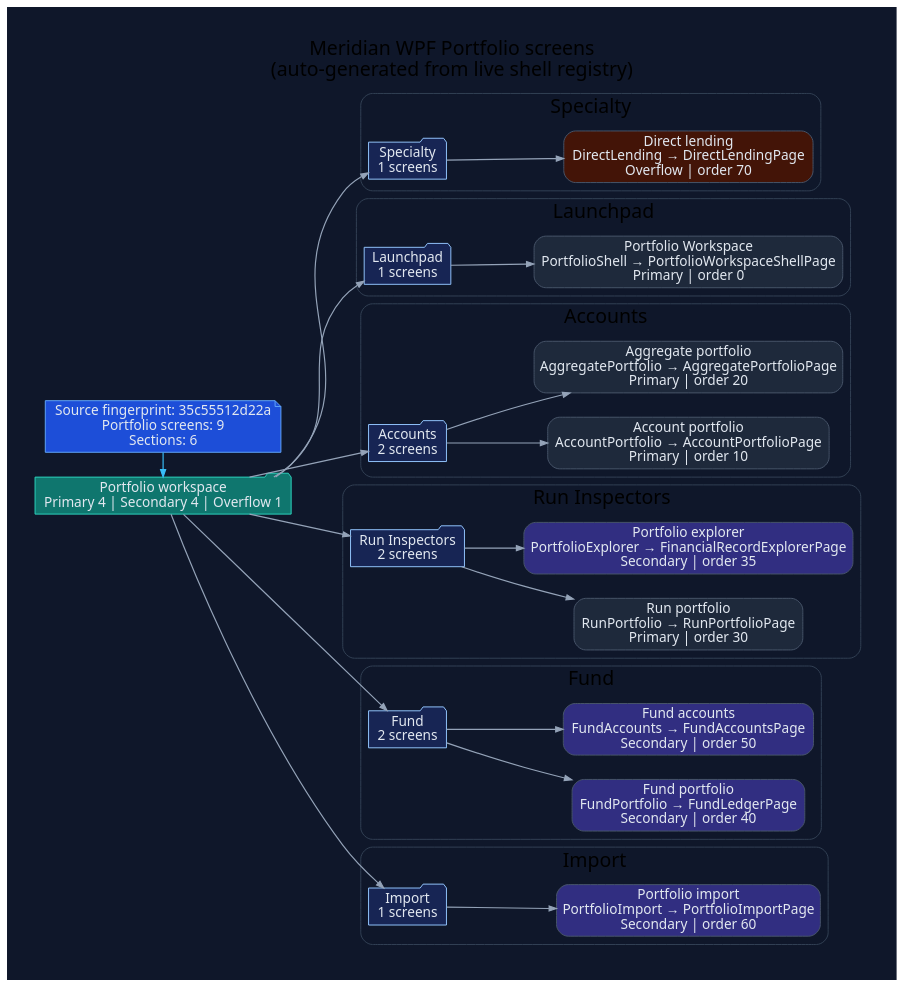
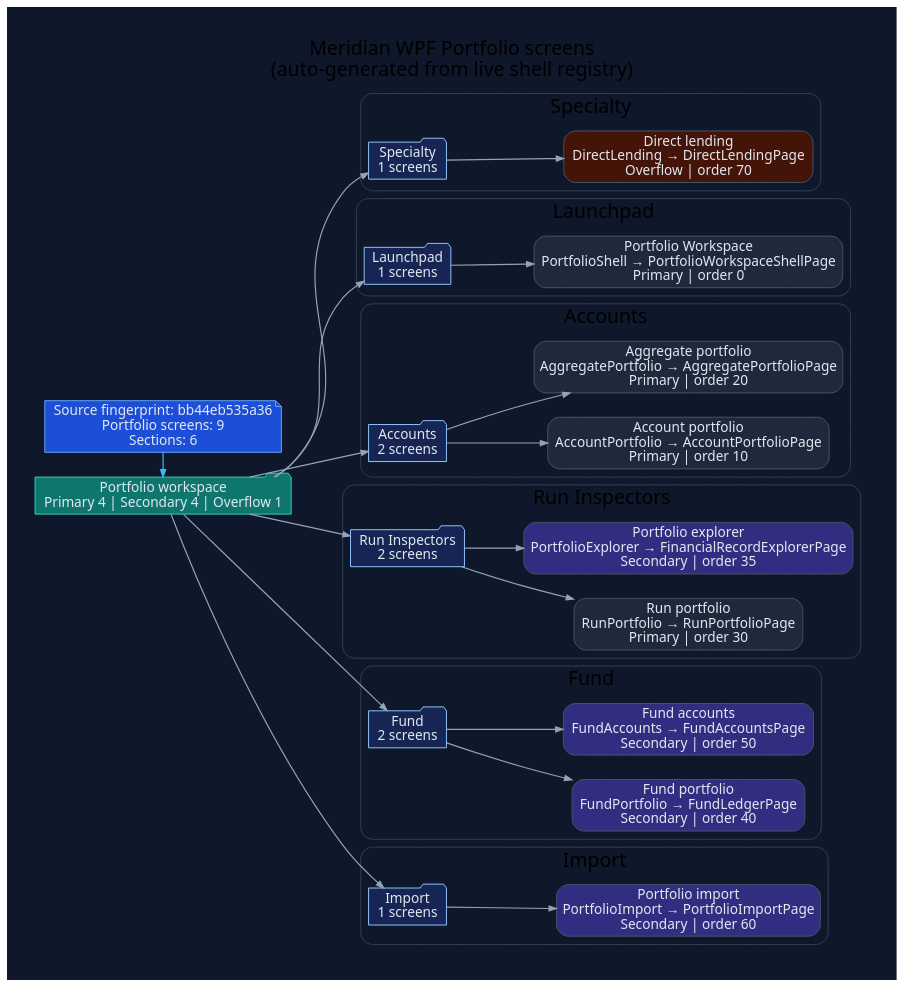
One commit to rodoHasArrived/Meridian-main changed the diagram in docs/diagrams/ui/ui-wpf-screens-portfolio.dot. Above: the diagram before and after it, drawn with Graphviz. The commit also changed 45 other files, not shown here.

Commit message:
Refresh generated WPF source fingerprints from hosted regeneration

```diff
--- a/docs/diagrams/ui/ui-wpf-screens-portfolio.dot
+++ b/docs/diagrams/ui/ui-wpf-screens-portfolio.dot
@@ -1,92 +1,92 @@
 // -----------------------------------------------------------------------------
 // <auto-generated>
 // Generated by scripts/generate-diagrams.mjs.
 // Do not edit this file directly; update the WPF source files instead.
 // -----------------------------------------------------------------------------
 digraph WpfPortfolioScreens {
   graph [
     rankdir=LR,
     labelloc=t,
     label="Meridian WPF Portfolio screens\n(auto-generated from live shell registry)",
     fontname="Segoe UI",
     fontsize=20,
     pad=0.4,
     nodesep=0.35,
     ranksep=0.85,
     bgcolor="#0f172a"
   ];
   node [fontname="Segoe UI", shape=box, style="rounded,filled", color="#475569", fontcolor="#e2e8f0", fillcolor="#1e293b"];
   edge [fontname="Segoe UI", color="#94a3b8", penwidth=1.2, arrowsize=0.75];
 
-  generated [shape=note, fillcolor="#1d4ed8", color="#60a5fa", label="Source fingerprint: 35c55512d22a\nPortfolio screens: 9\nSections: 6"];
+  generated [shape=note, fillcolor="#1d4ed8", color="#60a5fa", label="Source fingerprint: bb44eb535a36\nPortfolio screens: 9\nSections: 6"];
   workspace [shape=folder, fillcolor="#0f766e", color="#2dd4bf", label="Portfolio workspace\nPrimary 4 | Secondary 4 | Overflow 1"];
   generated -> workspace [color="#38bdf8"];
 
   subgraph cluster_section_1 {
     label="Specialty";
     color="#334155";
     style="rounded";
     section_1 [shape=folder, fillcolor="#172554", color="#93c5fd", label="Specialty\n1 screens"];
     workspace -> section_1;
     screen_DirectLending [fillcolor="#431407", label="Direct lending\nDirectLending → DirectLendingPage\nOverflow | order 70"];
     section_1 -> screen_DirectLending;
   }
 
   subgraph cluster_section_2 {
     label="Launchpad";
     color="#334155";
     style="rounded";
     section_2 [shape=folder, fillcolor="#172554", color="#93c5fd", label="Launchpad\n1 screens"];
     workspace -> section_2;
     screen_PortfolioShell [fillcolor="#1e293b", label="Portfolio Workspace\nPortfolioShell → PortfolioWorkspaceShellPage\nPrimary | order 0"];
     section_2 -> screen_PortfolioShell;
   }
 
   subgraph cluster_section_3 {
     label="Accounts";
     color="#334155";
     style="rounded";
     section_3 [shape=folder, fillcolor="#172554", color="#93c5fd", label="Accounts\n2 screens"];
     workspace -> section_3;
     screen_AccountPortfolio [fillcolor="#1e293b", label="Account portfolio\nAccountPortfolio → AccountPortfolioPage\nPrimary | order 10"];
     section_3 -> screen_AccountPortfolio;
     screen_AggregatePortfolio [fillcolor="#1e293b", label="Aggregate portfolio\nAggregatePortfolio → AggregatePortfolioPage\nPrimary | order 20"];
     section_3 -> screen_AggregatePortfolio;
   }
 
   subgraph cluster_section_4 {
     label="Run Inspectors";
     color="#334155";
     style="rounded";
     section_4 [shape=folder, fillcolor="#172554", color="#93c5fd", label="Run Inspectors\n2 screens"];
     workspace -> section_4;
     screen_RunPortfolio [fillcolor="#1e293b", label="Run portfolio\nRunPortfolio → RunPortfolioPage\nPrimary | order 30"];
     section_4 -> screen_RunPortfolio;
     screen_PortfolioExplorer [fillcolor="#312e81", label="Portfolio explorer\nPortfolioExplorer → FinancialRecordExplorerPage\nSecondary | order 35"];
     section_4 -> screen_PortfolioExplorer;
   }
 
   subgraph cluster_section_5 {
     label="Fund";
     color="#334155";
     style="rounded";
     section_5 [shape=folder, fillcolor="#172554", color="#93c5fd", label="Fund\n2 screens"];
     workspace -> section_5;
     screen_FundPortfolio [fillcolor="#312e81", label="Fund portfolio\nFundPortfolio → FundLedgerPage\nSecondary | order 40"];
     section_5 -> screen_FundPortfolio;
     screen_FundAccounts [fillcolor="#312e81", label="Fund accounts\nFundAccounts → FundAccountsPage\nSecondary | order 50"];
     section_5 -> screen_FundAccounts;
   }
 
   subgraph cluster_section_6 {
     label="Import";
     color="#334155";
     style="rounded";
     section_6 [shape=folder, fillcolor="#172554", color="#93c5fd", label="Import\n1 screens"];
     workspace -> section_6;
     screen_PortfolioImport [fillcolor="#312e81", label="Portfolio import\nPortfolioImport → PortfolioImportPage\nSecondary | order 60"];
     section_6 -> screen_PortfolioImport;
   }
 
   { rank=min; generated; workspace; }
 }
```
